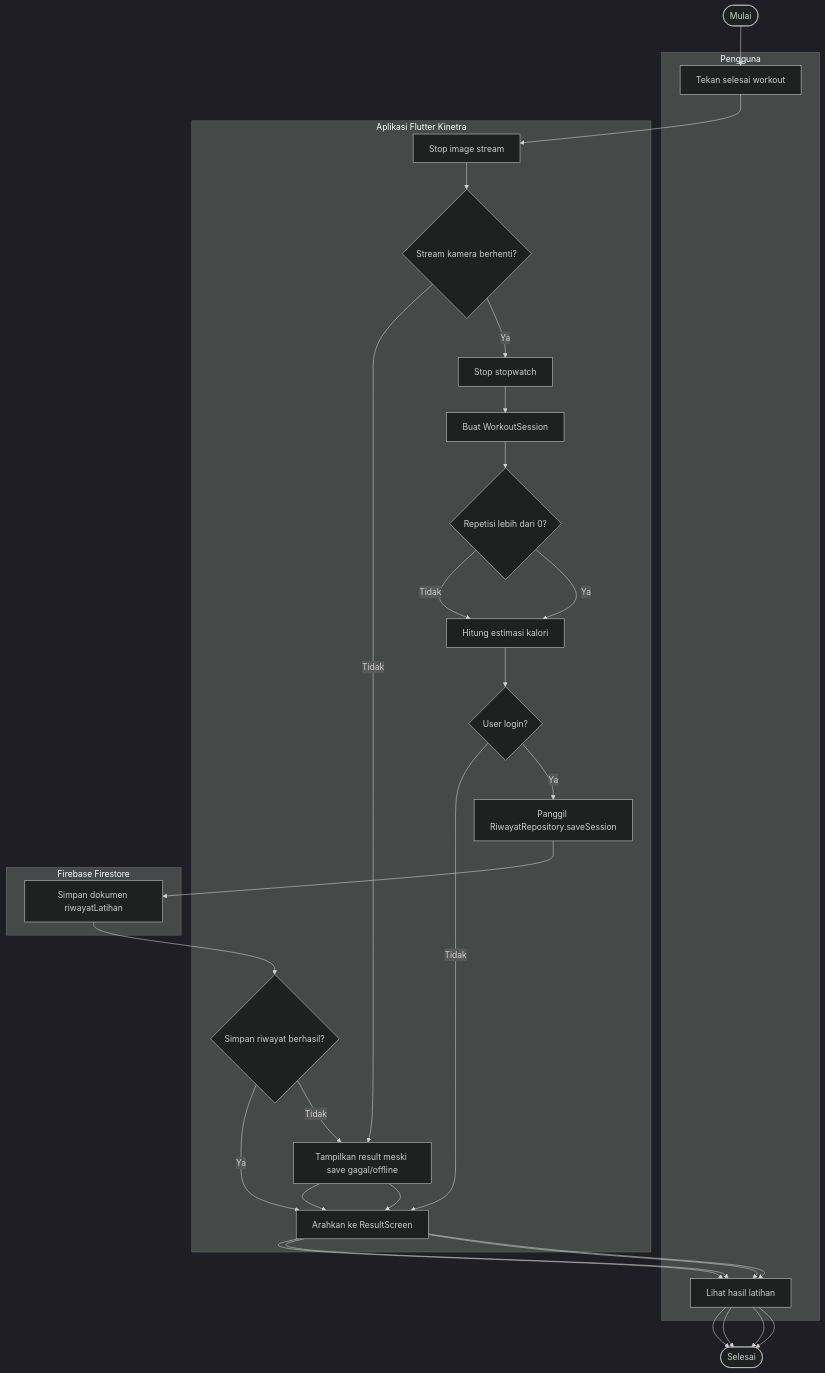
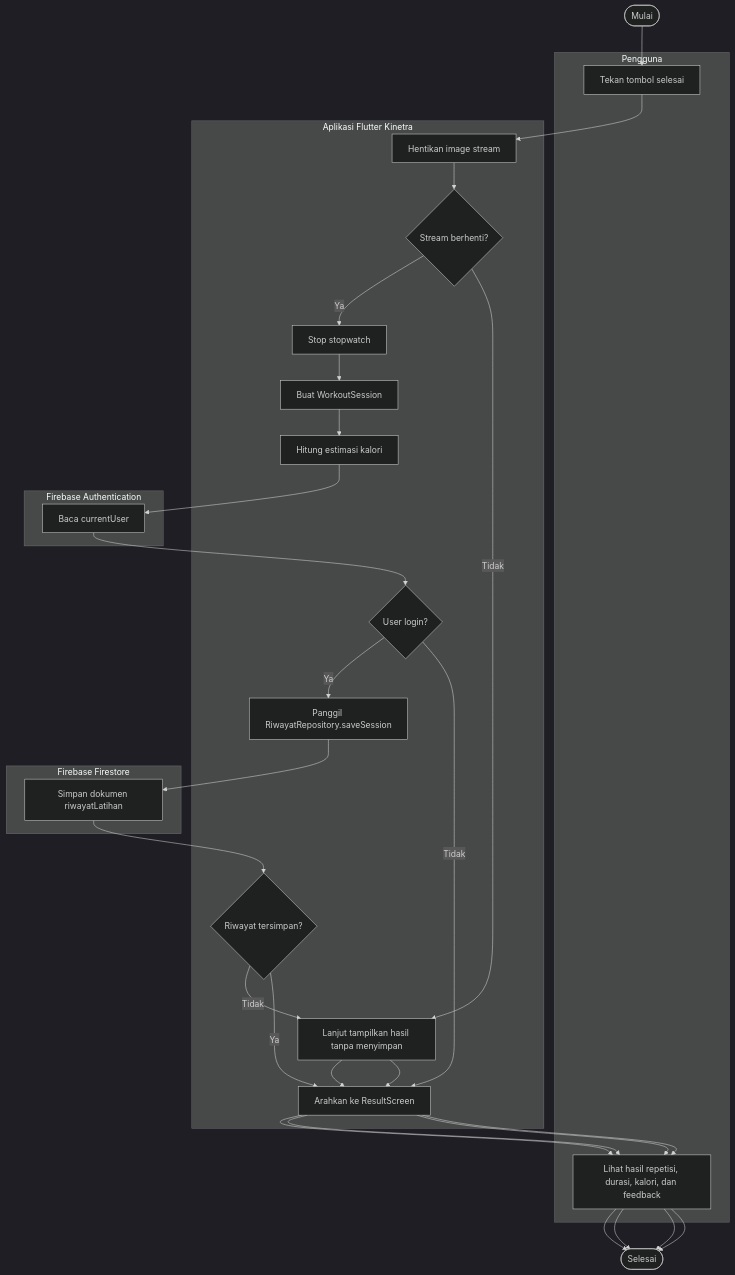
One commit to arifrachmatdx/Kinetra changed diagram 11 of 24 in docs/uml.md. Above: the diagram before and after it, drawn with Mermaid (dark theme). The commit also changed other lines of this file and 1 other file, not shown here.

Commit message:
docs: align UML diagrams with requested use cases

````diff
--- a/docs/uml.md
+++ b/docs/uml.md
@@ -413,35 +432,34 @@
 ```mermaid
 flowchart TD
     Start([Mulai])
     subgraph User["Pengguna"]
-        FinishWorkout[Tekan selesai workout]
-        SeeResult[Lihat hasil latihan]
+        TapFinish[Tekan tombol selesai]
+        ViewResult[Lihat hasil repetisi, durasi, kalori, dan feedback]
     end
     subgraph App["Aplikasi Flutter Kinetra"]
-        StopStream[Stop image stream]
-        StreamStopped{Stream kamera berhenti?}
-        StopStopwatch[Stop stopwatch]
+        StopStream[Hentikan image stream]
+        StreamStopped{Stream berhenti?}
+        StopTimer[Stop stopwatch]
         BuildSession[Buat WorkoutSession]
-        HasReps{Repetisi lebih dari 0?}
         EstimateCalories[Hitung estimasi kalori]
-        CheckUser{User login?}
-        SaveSession[Panggil RiwayatRepository.saveSession]
-        SaveSuccess{Simpan riwayat berhasil?}
+        UserLoggedIn{User login?}
+        SaveHistory[Panggil RiwayatRepository.saveSession]
+        SaveSuccess{Riwayat tersimpan?}
         GoResult[Arahkan ke ResultScreen]
-        ContinueOffline[Tampilkan result meski save gagal/offline]
+        ContinueWithoutSave[Lanjut tampilkan hasil tanpa menyimpan]
+    end
+    subgraph Auth["Firebase Authentication"]
+        ReadCurrentUser[Baca currentUser]
     end
     subgraph DB["Firebase Firestore"]
         WriteHistory[Simpan dokumen riwayatLatihan]
     end
 
-    Start --> FinishWorkout --> StopStream --> StreamStopped
-    StreamStopped -->|Tidak| ContinueOffline --> GoResult --> SeeResult --> End([Selesai])
-    StreamStopped -->|Ya| StopStopwatch --> BuildSession --> HasReps
-    HasReps -->|Tidak| EstimateCalories
-    HasReps -->|Ya| EstimateCalories
-    EstimateCalories --> CheckUser
-    CheckUser -->|Tidak| GoResult --> SeeResult --> End
-    CheckUser -->|Ya| SaveSession --> WriteHistory --> SaveSuccess
-    SaveSuccess -->|Ya| GoResult --> SeeResult --> End
-    SaveSuccess -->|Tidak| ContinueOffline --> GoResult --> SeeResult --> End
+    Start --> TapFinish --> StopStream --> StreamStopped
+    StreamStopped -->|Tidak| ContinueWithoutSave --> GoResult --> ViewResult --> End([Selesai])
+    StreamStopped -->|Ya| StopTimer --> BuildSession --> EstimateCalories --> ReadCurrentUser --> UserLoggedIn
+    UserLoggedIn -->|Tidak| GoResult --> ViewResult --> End
+    UserLoggedIn -->|Ya| SaveHistory --> WriteHistory --> SaveSuccess
+    SaveSuccess -->|Ya| GoResult --> ViewResult --> End
+    SaveSuccess -->|Tidak| ContinueWithoutSave --> GoResult --> ViewResult --> End
 ```
````
